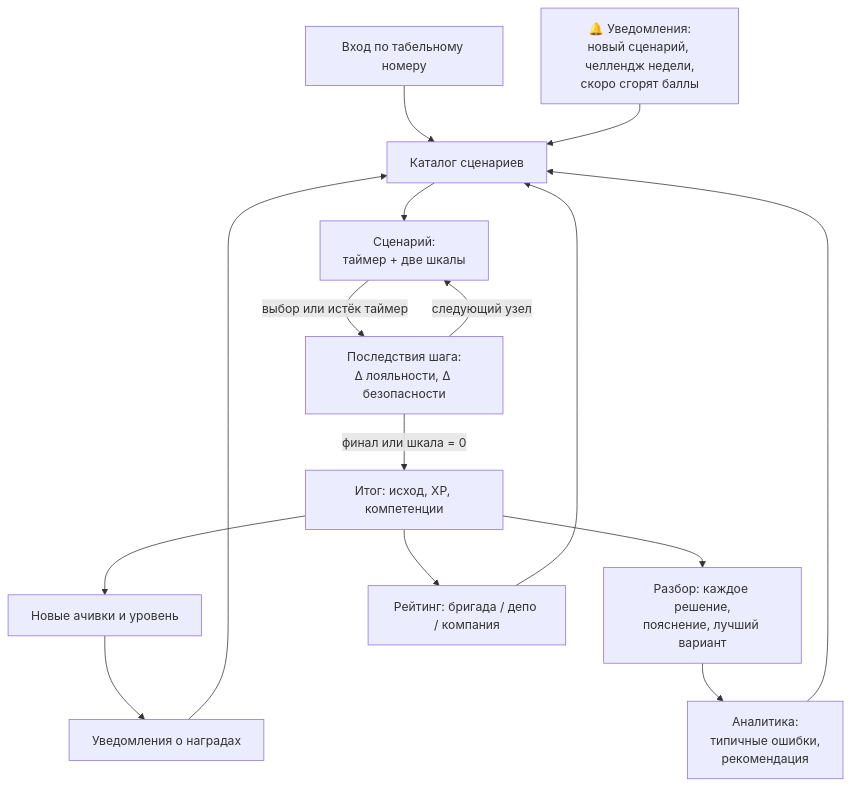
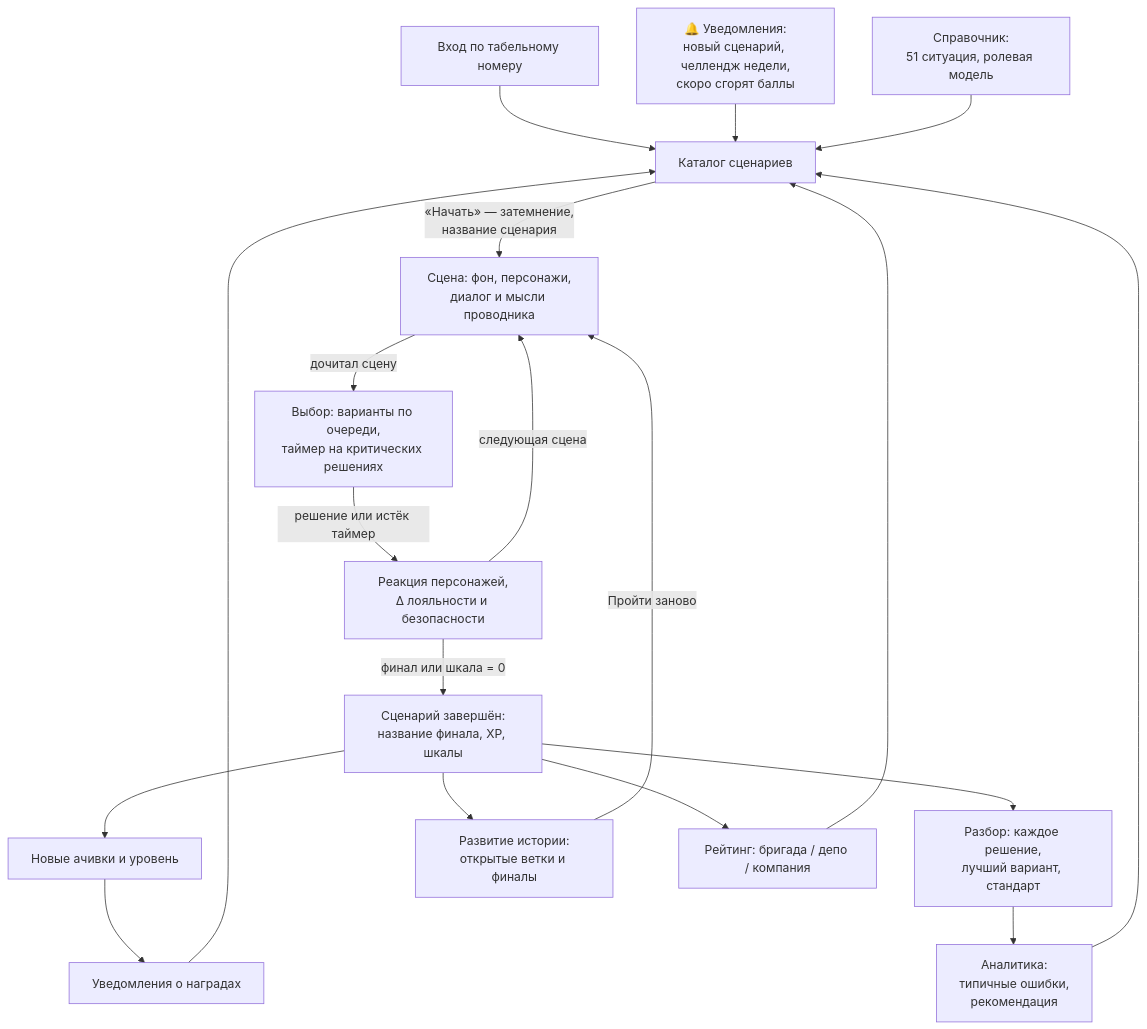
Before and after one commit to kelw1n25/vsm-trainer: the diagram in docs/user-flow.md, drawn with Mermaid. The commit also changed other lines of this file and 6 other files, not shown here.

````diff
--- a/docs/user-flow.md
+++ b/docs/user-flow.md
@@ -5,17 +5,21 @@
 ```mermaid
 flowchart TD
     L["Вход по табельному номеру"] --> C["Каталог сценариев"]
     N["🔔 Уведомления:<br/>новый сценарий, челлендж недели,<br/>скоро сгорят баллы"] --> C
     A["Аналитика:<br/>типичные ошибки,<br/>рекомендация"] --> C
-    C --> R["Сценарий:<br/>таймер + две шкалы"]
-    R -->|"выбор или истёк таймер"| S["Последствия шага:<br/>Δ лояльности, Δ безопасности"]
-    S -->|"следующий узел"| R
-    S -->|"финал или шкала = 0"| F["Итог: исход, XP, компетенции"]
+    H["Справочник:<br/>51 ситуация, ролевая модель"] --> C
+    C -->|"«Начать» — затемнение,<br/>название сценария"| S["Сцена: фон, персонажи,<br/>диалог и мысли проводника"]
+    S -->|"дочитал сцену"| V["Выбор: варианты по очереди,<br/>таймер на критических решениях"]
+    V -->|"решение или истёк таймер"| R["Реакция персонажей,<br/>Δ лояльности и безопасности"]
+    R -->|"следующая сцена"| S
+    R -->|"финал или шкала = 0"| F["Сценарий завершён:<br/>название финала, XP, шкалы"]
     F --> AW["Новые ачивки и уровень"]
-    F --> D["Разбор: каждое решение,<br/>пояснение, лучший вариант"]
+    F --> D["Разбор: каждое решение,<br/>лучший вариант, стандарт"]
+    F --> M["Развитие истории:<br/>открытые ветки и финалы"]
+    M -->|"Пройти заново"| S
     AW --> N2["Уведомления о наградах"]
     F --> LB["Рейтинг: бригада / депо / компания"]
     D --> A
     LB --> C
     N2 --> C
 ```
````
